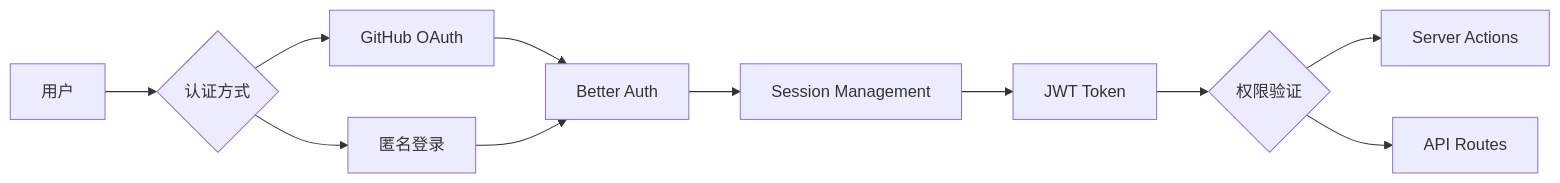
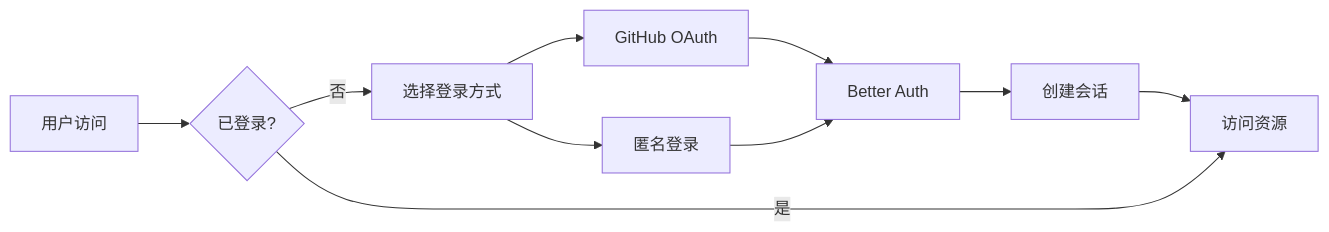
Before and after one commit to GeminiProjects/quizgen: the fourth of 5 diagrams in docs/architecture.md, drawn with Mermaid. The commit also changed other lines of this file and 5 other files, not shown here.

````diff
--- a/docs/architecture.md
+++ b/docs/architecture.md
@@ -249,16 +207,12 @@
 ```mermaid
 graph LR
-    A[用户] --> B{认证方式}
-    B --> C[GitHub OAuth]
-    B --> D[匿名登录]
-    
-    C --> E[Better Auth]
-    D --> E
-    
-    E --> F[Session Management]
-    F --> G[JWT Token]
-    
-    G --> H{权限验证}
-    H --> I[Server Actions]
-    H --> J[API Routes]
+    A[用户访问] --> B{已登录?}
+    B -->|否| C[选择登录方式]
+    C --> D[GitHub OAuth]
+    C --> E[匿名登录]
+    D --> F[Better Auth]
+    E --> F
+    F --> G[创建会话]
+    G --> H[访问资源]
+    B -->|是| H
 ```
````
